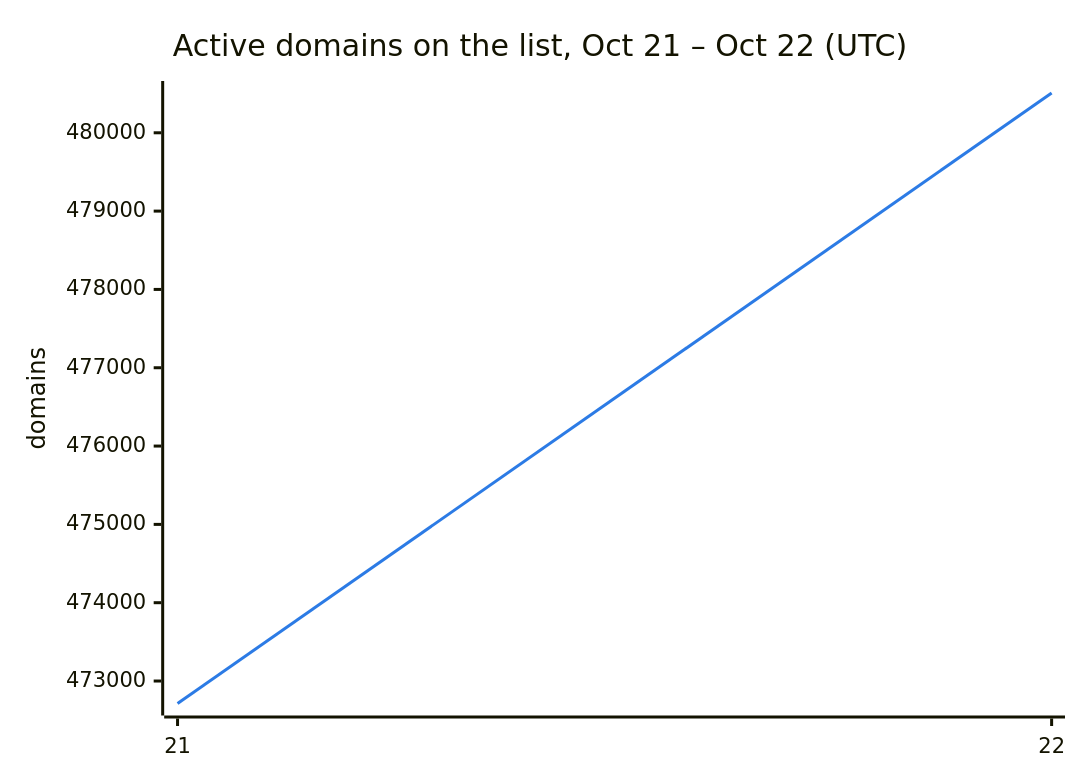
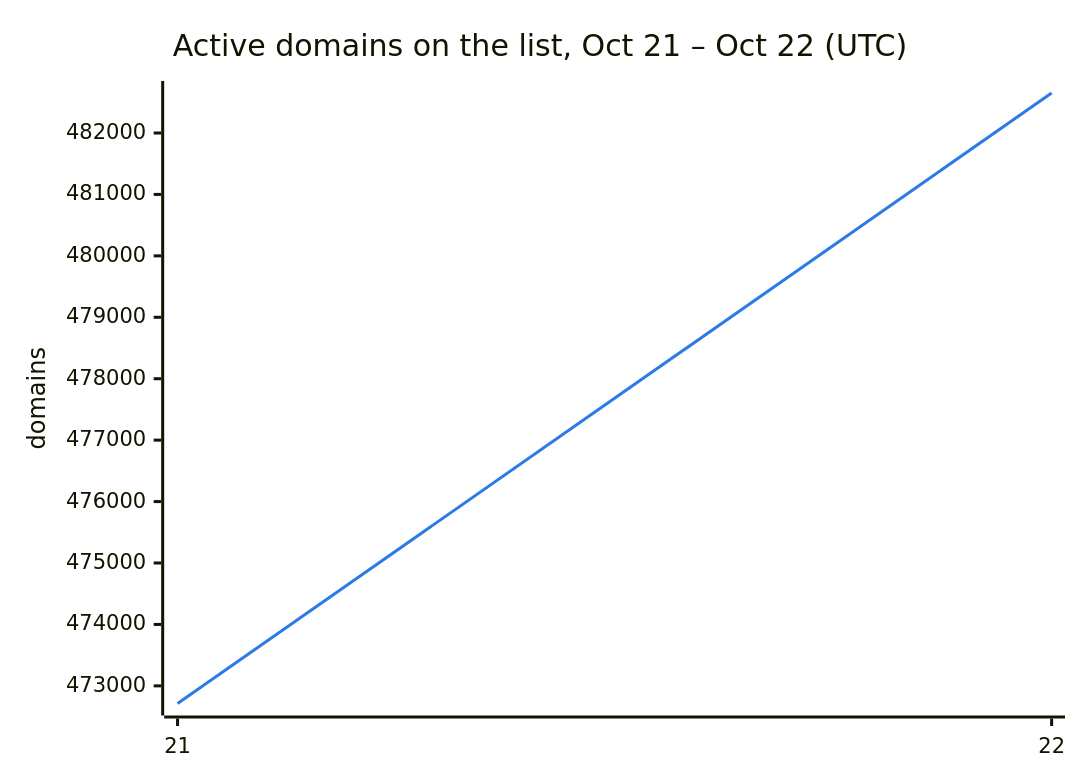
One commit to DNSBunker/CTI changed the second of 3 diagrams in README.md. Above: the diagram before and after it, drawn with Mermaid. The commit also changed other lines of this file and 3 other files, not shown here.

````diff
--- a/README.md
+++ b/README.md
@@ -38,8 +38,8 @@
 ```mermaid
 %%{init: {"themeVariables": {"xyChart": {"plotColorPalette": "#2c7be5"}}}}%%
 xychart-beta
     title "Active domains on the list, Oct 21 – Oct 22 (UTC)"
     x-axis ["21", "22"]
     y-axis "domains"
-    line [472713, 480508]
+    line [472713, 482651]
 ```
````
